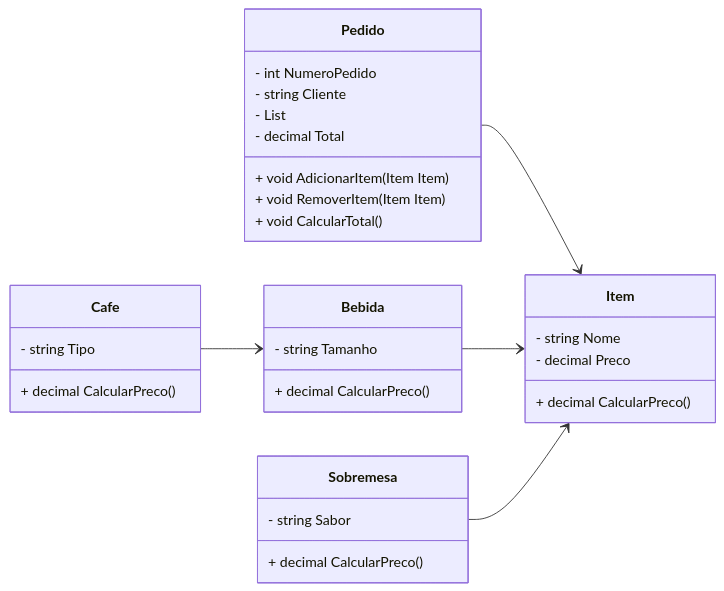
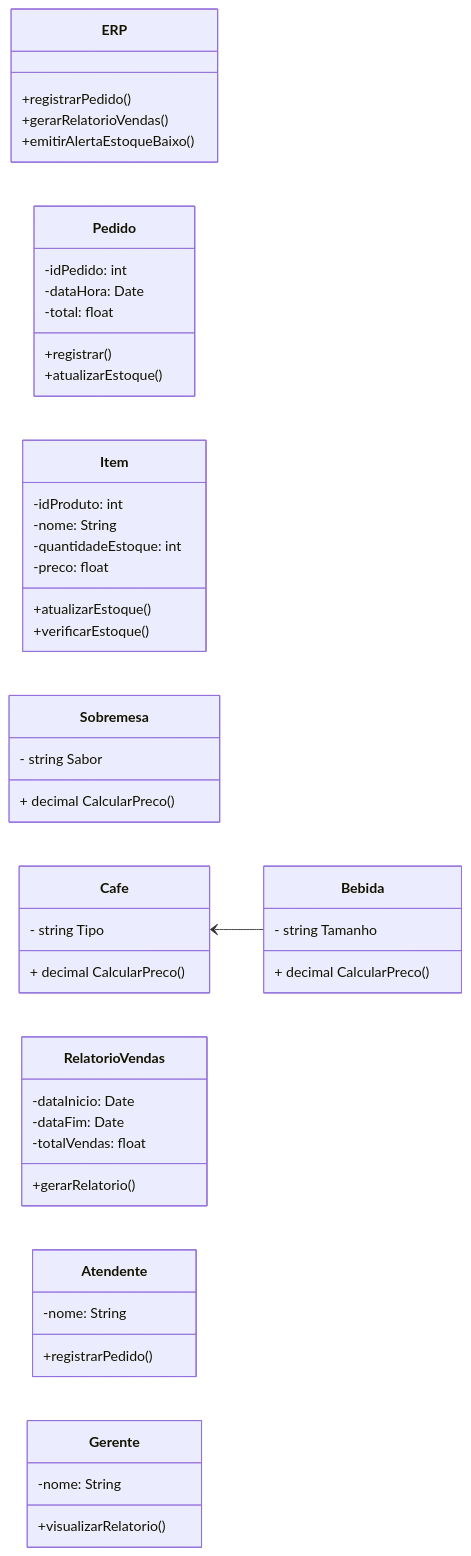
The diagram in Coffee-ERP/UML.md (KauanIzidoro/BackEnd_ADS), drawn with Mermaid before and after one commit. The commit also changed 1 other file, not shown here.

Commit message:
📚 code: finish homework

````diff
--- a/Coffee-ERP/UML.md
+++ b/Coffee-ERP/UML.md
@@ -1,45 +2,62 @@
-```mermaid
-
+```mermaid 
 classDiagram
     direction LR
 
-    class Pedido{
-        - int NumeroPedido
-        - string Cliente
-        - List <Item>
-        - decimal Total
-        + void AdicionarItem(Item Item)
-        + void RemoverItem(Item Item)
-        + void CalcularTotal()
+    class ERP {
+        +registrarPedido()
+        +gerarRelatorioVendas()
+        +emitirAlertaEstoqueBaixo()
     }
 
-    class Item{
-        - string Nome
-        - decimal Preco
+    class Pedido {
+        -idPedido: int
+        -dataHora: Date
+        -total: float
+        +registrar()
+        +atualizarEstoque()
+    }
+
+    class Item {
+        -idProduto: int
+        -nome: String
+        -quantidadeEstoque: int
+        -preco: float
+        +atualizarEstoque()
+        +verificarEstoque()
+    }
+
+    class Sobremesa{
+        - string Sabor
+        + decimal CalcularPreco()
+    }
+
+    class Cafe{
+        - string Tipo
         + decimal CalcularPreco()
     }
 
     class Bebida{
         - string Tamanho
         + decimal CalcularPreco()
     }
 
-    class Cafe{
-        - string Tipo
-        + decimal CalcularPreco()
+    class RelatorioVendas {
+        -dataInicio: Date
+        -dataFim: Date
+        -totalVendas: float
+        +gerarRelatorio()
     }
 
-    class Sobremesa{
-        - string Sabor
-        + decimal CalcularPreco()
+    class Atendente {
+        -nome: String
+        +registrarPedido()
     }
 
-    Pedido --> Item
+    class Gerente {
+        -nome: String
+        +visualizarRelatorio()
+    }
 
-    Bebida --> Item
-
-    Sobremesa --> Item
-
-    Cafe --> Bebida
-
+    Cafe <-- Bebida
+    
 ```
````
